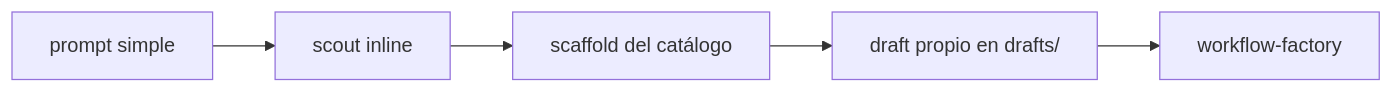
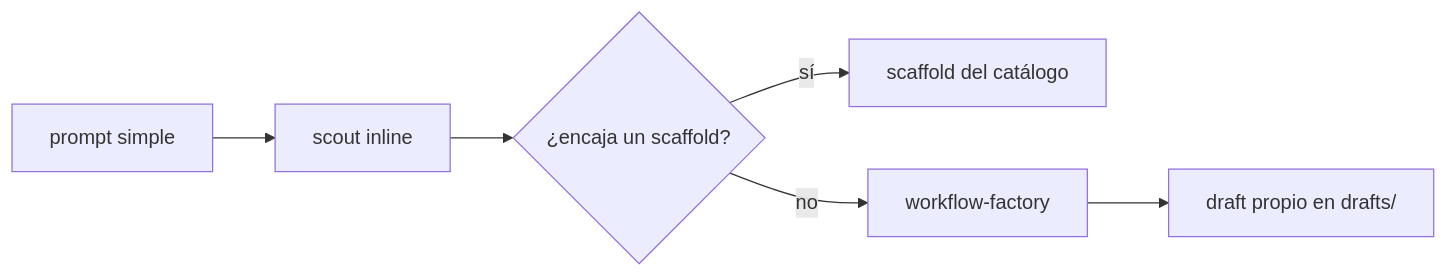
Before and after one commit to andrestobelem/pandi-extensions: the diagram in README.md, drawn with Mermaid. The commit also changed other lines of this file and 5 other files, not shown here.

````diff
--- a/README.md
+++ b/README.md
@@ -80,7 +80,8 @@
 ```mermaid
 flowchart LR
     A[prompt simple] --> B[scout inline]
-    B --> C[scaffold del catálogo]
-    C --> D[draft propio en drafts/]
-    D --> E[workflow-factory]
+    B --> C{¿encaja un scaffold?}
+    C -- sí --> D[scaffold del catálogo]
+    C -- no --> E[workflow-factory]
+    E --> F[draft propio en drafts/]
 ```
````
